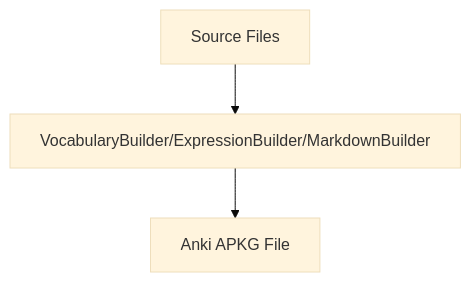
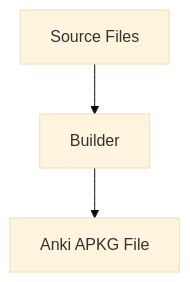
The first of 3 diagrams in doc/mep/mep01.adoc (guiferviz/mnemocards), drawn with Mermaid (base theme) before and after one commit. The commit also changed other lines of this file, not shown here.

```diff
--- a/doc/mep/mep01.adoc
+++ b/doc/mep/mep01.adoc
@@ -29,6 +28,6 @@
 [mermaid]
 ....
 graph TD
-    FILE[Source Files] --> GEN[VocabularyBuilder/ExpressionBuilder/MarkdownBuilder]
+    FILE[Source Files] --> GEN[Builder]
     GEN --> APKG[Anki APKG File]
 ....
```
